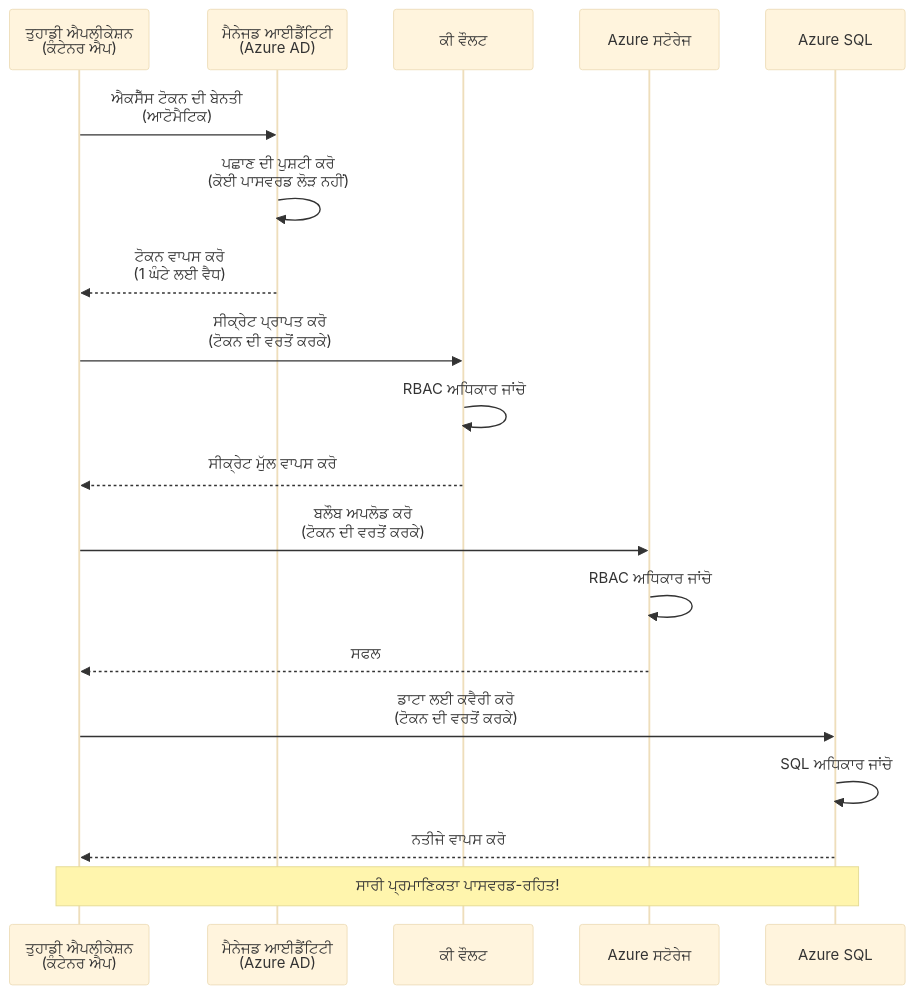
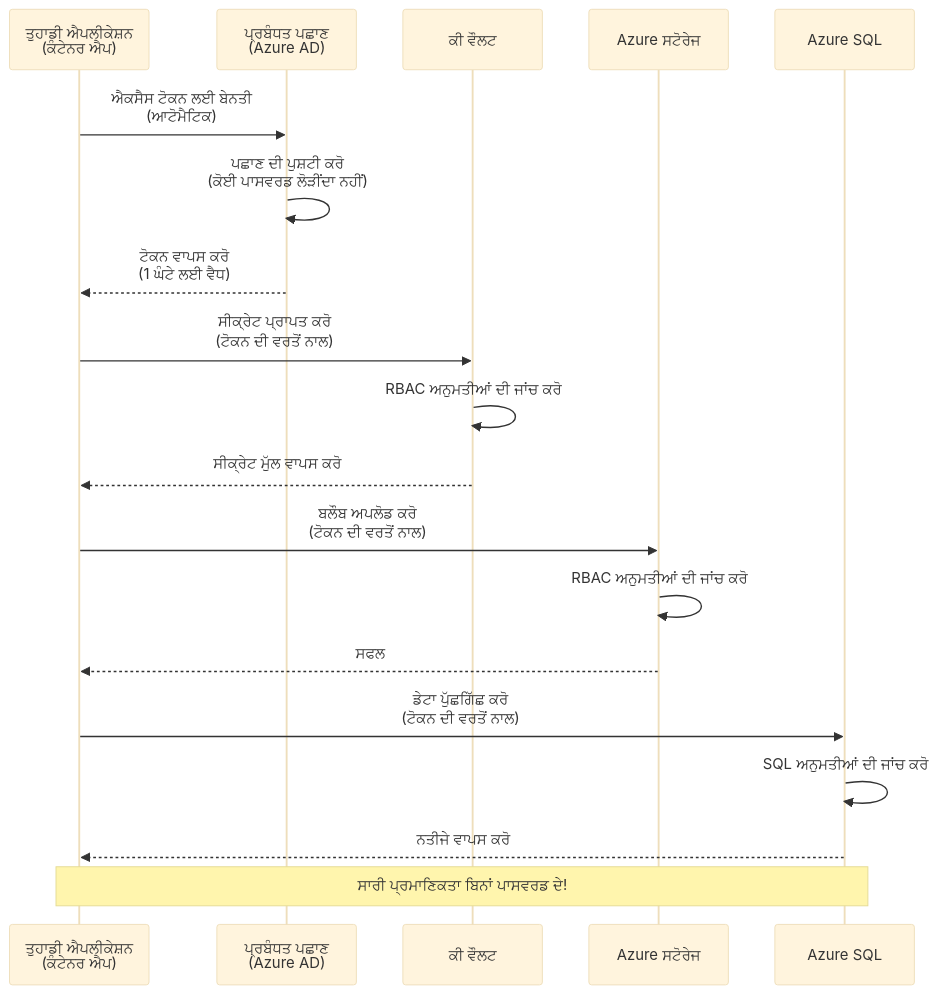
One commit to microsoft/AZD-for-beginners changed the first of 2 diagrams in translations/pa/docs/chapter-03-configuration/authsecurity.md. Above: the diagram before and after it, drawn with Mermaid (base theme). The commit also changed other lines of this file and 101 other files, not shown here.

````diff
--- a/translations/pa/docs/chapter-03-configuration/authsecurity.md
+++ b/translations/pa/docs/chapter-03-configuration/authsecurity.md
@@ -69,26 +69,26 @@
 ```mermaid
 sequenceDiagram
     participant App as ਤੁਹਾਡੀ ਐਪਲੀਕੇਸ਼ਨ<br/>(ਕੰਟੇਨਰ ਐਪ)
-    participant MI as ਮੈਨੇਜਡ ਆਈਡੈਂਟਿਟੀ<br/>(Azure AD)
+    participant MI as ਪ੍ਰਬੰਧਤ ਪਛਾਣ<br/>(Azure AD)
     participant KV as ਕੀ ਵੌਲਟ
     participant Storage as Azure ਸਟੋਰੇਜ
     participant DB as Azure SQL
     
-    App->>MI: ਐਕਸੈੱਸ ਟੋਕਨ ਦੀ ਬੇਨਤੀ<br/>(ਆਟੋਮੈਟਿਕ)
-    MI->>MI: ਪਛਾਣ ਦੀ ਪੁਸ਼ਟੀ ਕਰੋ<br/>(ਕੋਈ ਪਾਸਵਰਡ ਲੋੜ ਨਹੀਂ)
+    App->>MI: ਐਕਸੈਸ ਟੋਕਨ ਲਈ ਬੇਨਤੀ<br/>(ਆਟੋਮੈਟਿਕ)
+    MI->>MI: ਪਛਾਣ ਦੀ ਪੁਸ਼ਟੀ ਕਰੋ<br/>(ਕੋਈ ਪਾਸਵਰਡ ਲੋੜੀਂਦਾ ਨਹੀਂ)
     MI-->>App: ਟੋਕਨ ਵਾਪਸ ਕਰੋ<br/>(1 ਘੰਟੇ ਲਈ ਵੈਧ)
     
-    App->>KV: ਸੀਕ੍ਰੇਟ ਪ੍ਰਾਪਤ ਕਰੋ<br/>(ਟੋਕਨ ਦੀ ਵਰਤੋਂ ਕਰਕੇ)
-    KV->>KV: RBAC ਅਧਿਕਾਰ ਜਾਂਚੋ
+    App->>KV: ਸੀਕ੍ਰੇਟ ਪ੍ਰਾਪਤ ਕਰੋ<br/>(ਟੋਕਨ ਦੀ ਵਰਤੋਂ ਨਾਲ)
+    KV->>KV: RBAC ਅਨੁਮਤੀਆਂ ਦੀ ਜਾਂਚ ਕਰੋ
     KV-->>App: ਸੀਕ੍ਰੇਟ ਮੁੱਲ ਵਾਪਸ ਕਰੋ
     
-    App->>Storage: ਬਲੌਬ ਅਪਲੋਡ ਕਰੋ<br/>(ਟੋਕਨ ਦੀ ਵਰਤੋਂ ਕਰਕੇ)
-    Storage->>Storage: RBAC ਅਧਿਕਾਰ ਜਾਂਚੋ
+    App->>Storage: ਬਲੌਬ ਅਪਲੋਡ ਕਰੋ<br/>(ਟੋਕਨ ਦੀ ਵਰਤੋਂ ਨਾਲ)
+    Storage->>Storage: RBAC ਅਨੁਮਤੀਆਂ ਦੀ ਜਾਂਚ ਕਰੋ
     Storage-->>App: ਸਫਲ
     
-    App->>DB: ਡਾਟਾ ਲਈ ਕਵੈਰੀ ਕਰੋ<br/>(ਟੋਕਨ ਦੀ ਵਰਤੋਂ ਕਰਕੇ)
-    DB->>DB: SQL ਅਧਿਕਾਰ ਜਾਂਚੋ
+    App->>DB: ਡੇਟਾ ਪੁੱਛਗਿੱਛ ਕਰੋ<br/>(ਟੋਕਨ ਦੀ ਵਰਤੋਂ ਨਾਲ)
+    DB->>DB: SQL ਅਨੁਮਤੀਆਂ ਦੀ ਜਾਂਚ ਕਰੋ
     DB-->>App: ਨਤੀਜੇ ਵਾਪਸ ਕਰੋ
     
-    Note over App,DB: ਸਾਰੀ ਪ੍ਰਮਾਣਿਕਤਾ ਪਾਸਵਰਡ-ਰਹਿਤ!
+    Note over App,DB: ਸਾਰੀ ਪ੍ਰਮਾਣਿਕਤਾ ਬਿਨਾਂ ਪਾਸਵਰਡ ਦੇ!
 ```
````
